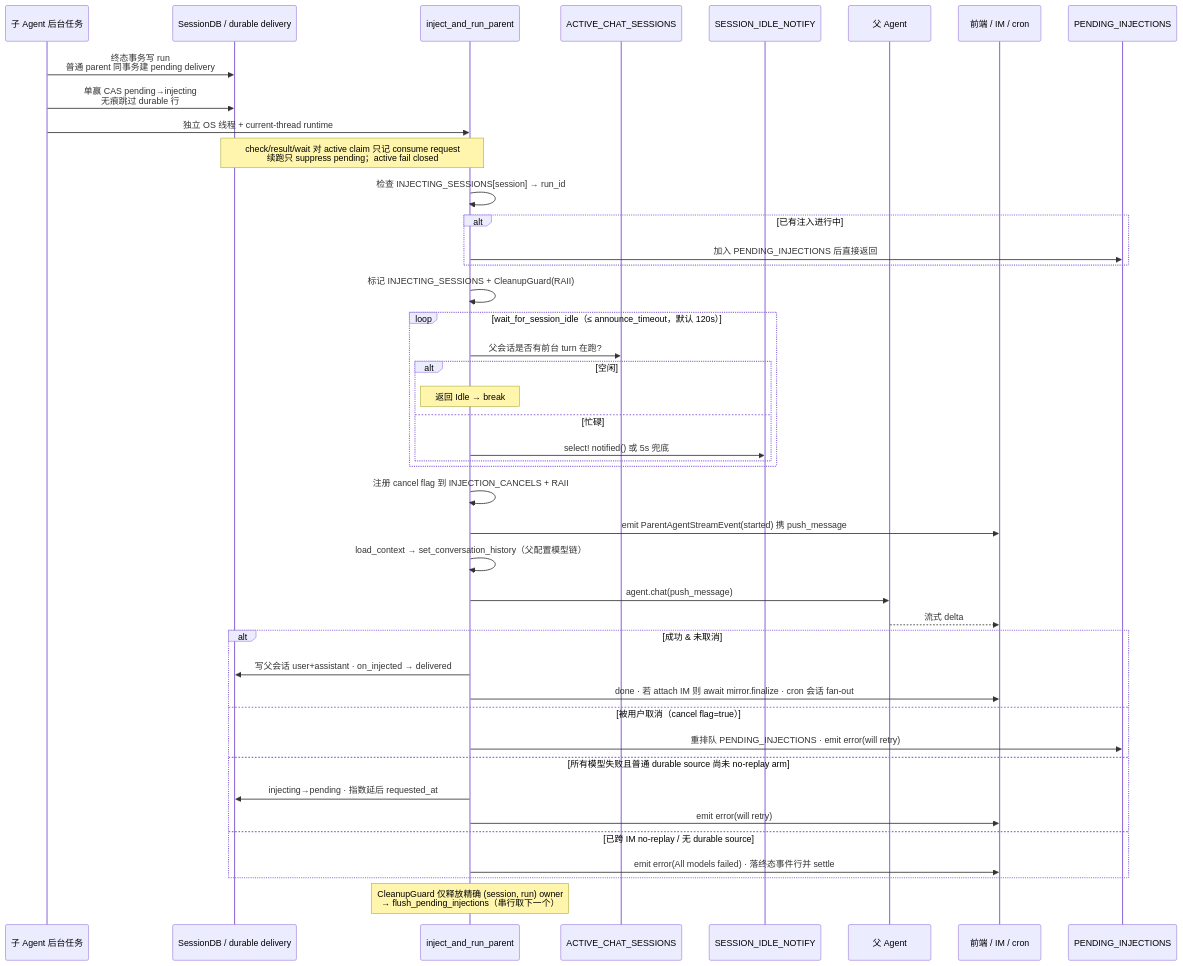
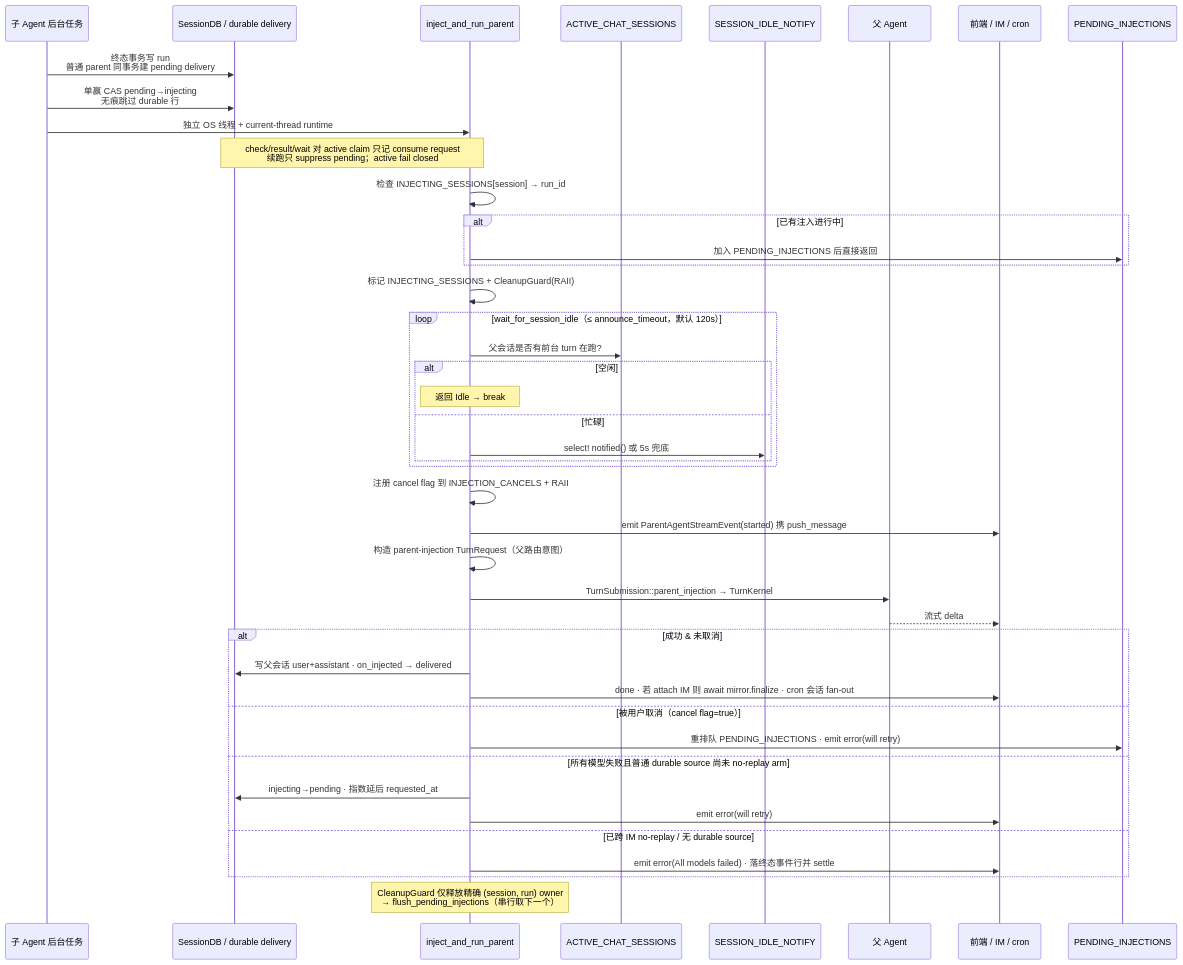
Before and after one commit to gabrielmoreira/agent-skills-mirror: the fifth of 6 diagrams in mirrors/repos/shiwenwen@hope-agent/docs/architecture/agent/subagent.md, drawn with Mermaid. The commit also changed other lines of this file and 2396 other files, not shown here.

````diff
--- a/mirrors/repos/shiwenwen@hope-agent/docs/architecture/agent/subagent.md
+++ b/mirrors/repos/shiwenwen@hope-agent/docs/architecture/agent/subagent.md
@@ -317,51 +317,51 @@
 ```mermaid
 sequenceDiagram
     participant Sub as 子 Agent 后台任务
     participant DB as SessionDB / durable delivery
     participant Inj as inject_and_run_parent
     participant ACS as ACTIVE_CHAT_SESSIONS
     participant Notify as SESSION_IDLE_NOTIFY
     participant Parent as 父 Agent
     participant FE as 前端 / IM / cron
     participant Queue as PENDING_INJECTIONS
 
     Sub->>DB: 终态事务写 run<br/>普通 parent 同事务建 pending delivery
     Sub->>DB: 单赢 CAS pending→injecting<br/>无痕跳过 durable 行
     Sub->>Inj: 独立 OS 线程 + current-thread runtime
 
     Note over DB,Inj: check/result/wait 对 active claim 只记 consume request<br/>续跑只 suppress pending；active fail closed
 
     Inj->>Inj: 检查 INJECTING_SESSIONS[session] → run_id
     alt 已有注入进行中
         Inj->>Queue: 加入 PENDING_INJECTIONS 后直接返回
     end
     Inj->>Inj: 标记 INJECTING_SESSIONS + CleanupGuard(RAII)
 
     loop wait_for_session_idle（≤ announce_timeout，默认 120s）
         Inj->>ACS: 父会话是否有前台 turn 在跑?
         alt 空闲
             Note over Inj: 返回 Idle → break
         else 忙碌
             Inj->>Notify: select! notified() 或 5s 兜底
         end
     end
 
     Inj->>Inj: 注册 cancel flag 到 INJECTION_CANCELS + RAII
     Inj->>FE: emit ParentAgentStreamEvent(started) 携 push_message
-    Inj->>Inj: load_context → set_conversation_history（父配置模型链）
-    Inj->>Parent: agent.chat(push_message)
+    Inj->>Inj: 构造 parent-injection TurnRequest（父路由意图）
+    Inj->>Parent: TurnSubmission::parent_injection → TurnKernel
     Parent-->>FE: 流式 delta
 
     alt 成功 & 未取消
         Inj->>DB: 写父会话 user+assistant · on_injected → delivered
         Inj->>FE: done · 若 attach IM 则 await mirror.finalize · cron 会话 fan-out
     else 被用户取消（cancel flag=true）
         Inj->>Queue: 重排队 PENDING_INJECTIONS · emit error(will retry)
     else 所有模型失败且普通 durable source 尚未 no-replay arm
         Inj->>DB: injecting→pending · 指数延后 requested_at
         Inj->>FE: emit error(will retry)
     else 已跨 IM no-replay / 无 durable source
         Inj->>FE: emit error(All models failed) · 落终态事件行并 settle
     end
     Note over Inj: CleanupGuard 仅释放精确 (session, run) owner<br/>→ flush_pending_injections（串行取下一个）
 ```
````
